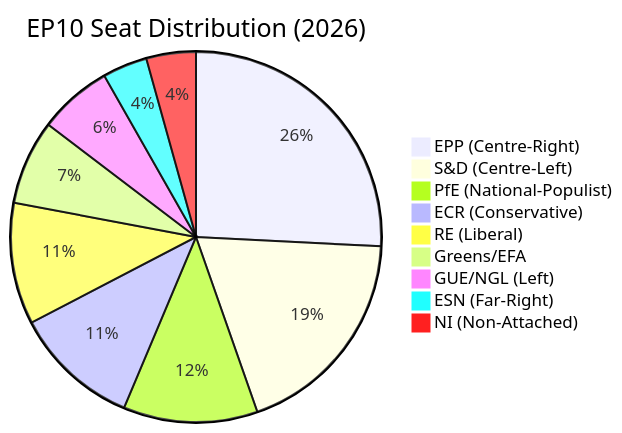
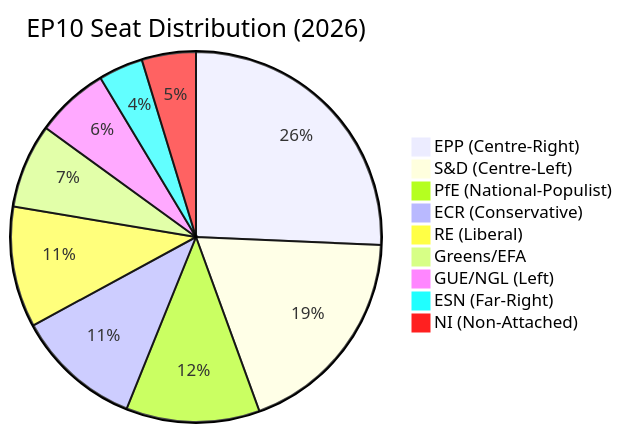
One commit to Hack23/European-Parliament-MCP-Server changed the first of 21 diagrams in docs/api/media/EP_POLITICAL_LANDSCAPE.md. Above: the diagram before and after it, drawn with Mermaid. The commit also changed other lines of this file and 5 other files, not shown here.

````diff
--- a/docs/api/media/EP_POLITICAL_LANDSCAPE.md
+++ b/docs/api/media/EP_POLITICAL_LANDSCAPE.md
@@ -46,12 +46,12 @@
 ```mermaid
 pie title EP10 Seat Distribution (2026)
     "EPP (Centre-Right)" : 185
     "S&D (Centre-Left)" : 135
     "PfE (National-Populist)" : 84
     "ECR (Conservative)" : 79
     "RE (Liberal)" : 76
     "Greens/EFA" : 53
     "GUE/NGL (Left)" : 46
     "ESN (Far-Right)" : 28
-    "NI (Non-Attached)" : 31
+    "NI (Non-Attached)" : 34
 ```
````
